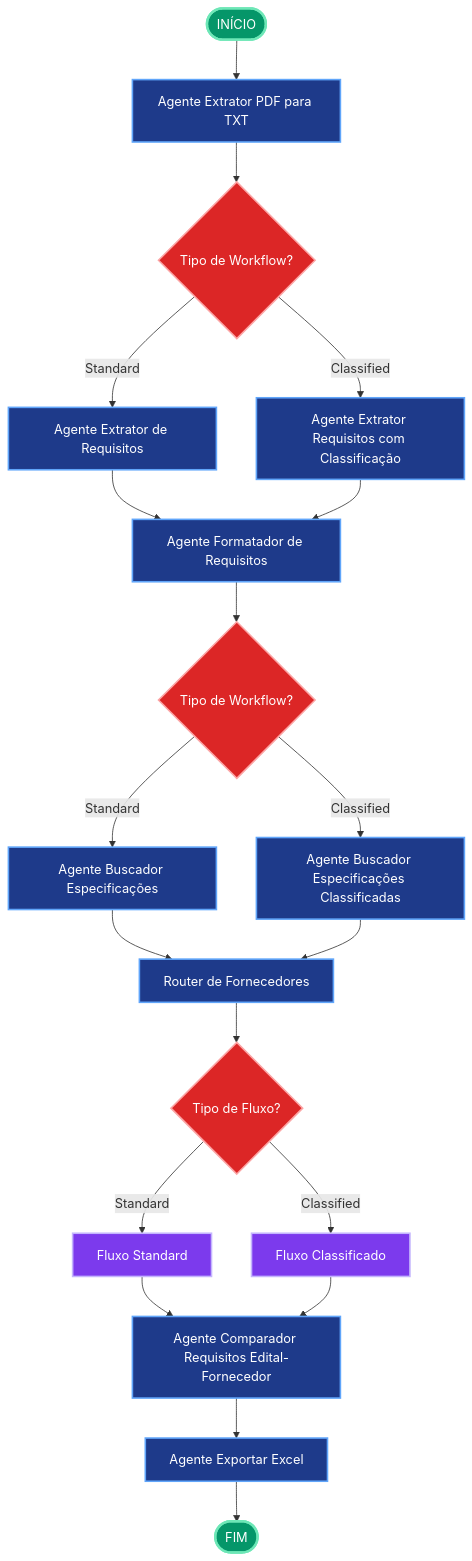
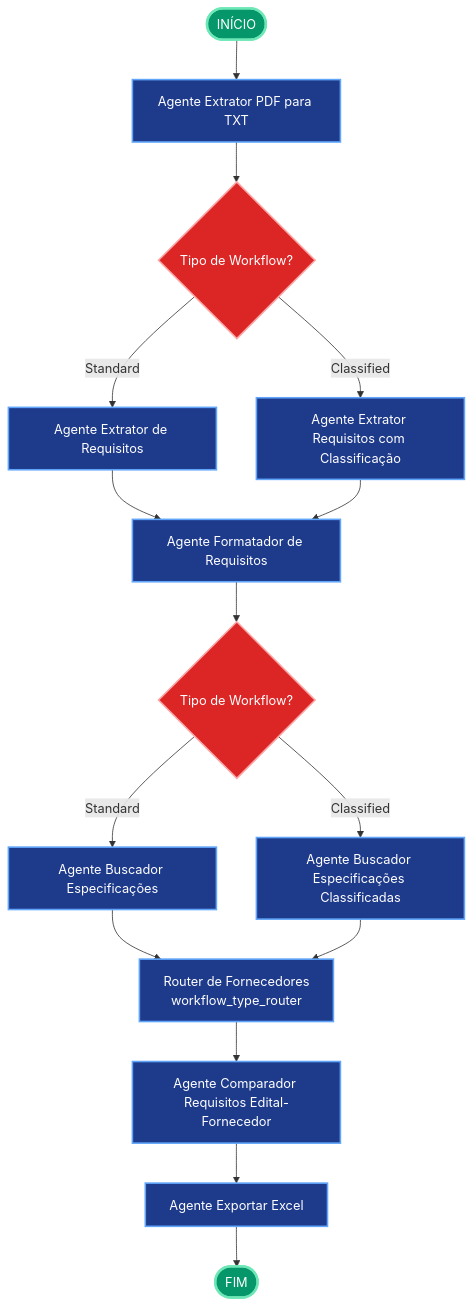
One commit to ElissonRodrigues/fluxograma changed the first of 7 diagrams in README.md. Above: the diagram before and after it, drawn with Mermaid. The commit also changed other lines of this file, not shown here.

First line of the commit message:
Revise Router flow and add new section

````diff
--- a/README.md
+++ b/README.md
@@ -8,42 +8,35 @@
 ```mermaid
 flowchart TD
     START([INÍCIO]) --> PDF[Agente Extrator PDF para TXT]
     
     PDF --> DECISION1{Tipo de Workflow?}
     
     DECISION1 -->|Standard| EXTRATOR[Agente Extrator de Requisitos]
     DECISION1 -->|Classified| EXTRATOR_CLASS[Agente Extrator Requisitos com Classificação]
     
     EXTRATOR --> FORMATADOR[Agente Formatador de Requisitos]
     EXTRATOR_CLASS --> FORMATADOR
     
     FORMATADOR --> DECISION2{Tipo de Workflow?}
     
     DECISION2 -->|Standard| BUSCADOR[Agente Buscador Especificações]
     DECISION2 -->|Classified| BUSCADOR_CLASS[Agente Buscador Especificações Classificadas]
     
-    BUSCADOR --> ROUTER[Router de Fornecedores]
+    BUSCADOR --> ROUTER[Router de Fornecedores<br/>workflow_type_router]
     BUSCADOR_CLASS --> ROUTER
     
-    ROUTER --> DECISION3{Tipo de Fluxo?}
-    
-    DECISION3 -->|Standard| STANDARD_FLOW[Fluxo Standard]
-    DECISION3 -->|Classified| CLASSIFIED_FLOW[Fluxo Classificado]
-    
-    STANDARD_FLOW --> COMPARADOR[Agente Comparador Requisitos Edital-Fornecedor]
-    CLASSIFIED_FLOW --> COMPARADOR
+    ROUTER --> COMPARADOR[Agente Comparador Requisitos Edital-Fornecedor]
     
     COMPARADOR --> EXCEL[Agente Exportar Excel]
     EXCEL --> END([FIM])
     
     %% Styling para modo escuro
     classDef agentClass fill:#1e3a8a,stroke:#60a5fa,stroke-width:2px,color:#ffffff
     classDef decisionClass fill:#dc2626,stroke:#fca5a5,stroke-width:2px,color:#ffffff
     classDef flowClass fill:#7c3aed,stroke:#c4b5fd,stroke-width:2px,color:#ffffff
     classDef startEndClass fill:#059669,stroke:#6ee7b7,stroke-width:3px,color:#ffffff
     
     class PDF,EXTRATOR,EXTRATOR_CLASS,FORMATADOR,BUSCADOR,BUSCADOR_CLASS,ROUTER,COMPARADOR,EXCEL agentClass
-    class DECISION1,DECISION2,DECISION3 decisionClass
-    class STANDARD_FLOW,CLASSIFIED_FLOW flowClass
+    class DECISION1,DECISION2 decisionClass
     class START,END startEndClass
 ```
````
